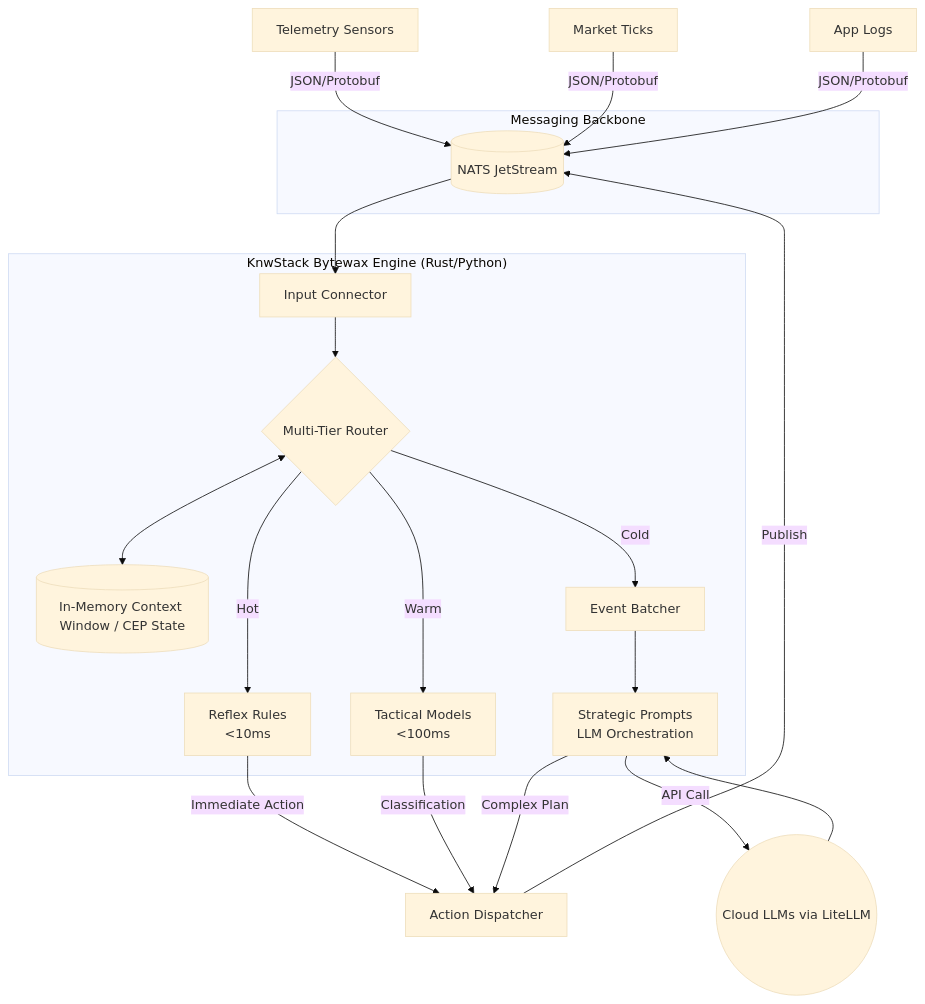
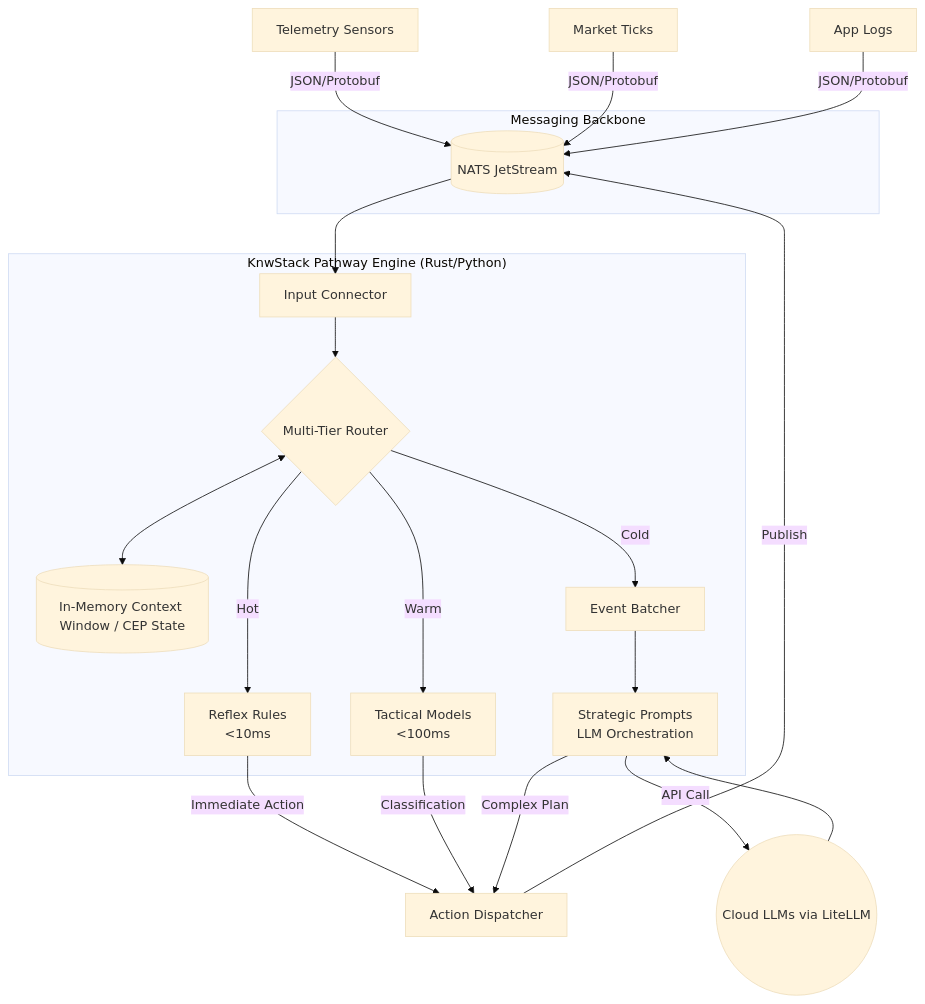
One commit to balamuru/knwstack changed the first of 4 diagrams in docs/architecture.md. Above: the diagram before and after it, drawn with Mermaid (base theme). The commit also changed other lines of this file and 16 other files, not shown here.

````diff
--- a/docs/architecture.md
+++ b/docs/architecture.md
@@ -16,37 +16,37 @@
 ```mermaid
 graph TD
     %% External Data Sources
     S1[Telemetry Sensors] -->|JSON/Protobuf| NATS
     S2[Market Ticks] -->|JSON/Protobuf| NATS
     S3[App Logs] -->|JSON/Protobuf| NATS
 
     subgraph messaging_backbone ["Messaging Backbone"]
         NATS[(NATS JetStream)]
     end
 
-    subgraph knwstack_engine ["KnwStack Bytewax Engine (Rust/Python)"]
+    subgraph knwstack_engine ["KnwStack Pathway Engine (Rust/Python)"]
         Ingest[Input Connector] --> Router{Multi-Tier Router}
         
         %% State Management
         State[(In-Memory Context Window / CEP State)]
         Router <--> State
         
         %% The Paths
         Router -->|Hot| Reflex["Reflex Rules <br> <10ms"]
         Router -->|Warm| Tactical["Tactical Models <br> <100ms"]
         Router -->|Cold| Batched[Event Batcher]
         
         Batched --> Strategic["Strategic Prompts <br> LLM Orchestration"]
     end
 
     %% External AI
     Strategic -->|API Call| LLM((Cloud LLMs via LiteLLM))
     LLM --> Strategic
     
     %% Outputs
     NATS --> Ingest
     Reflex -->|Immediate Action| Output[Action Dispatcher]
     Tactical -->|Classification| Output
     Strategic -->|Complex Plan| Output
     Output -->|Publish| NATS
 ```
````
